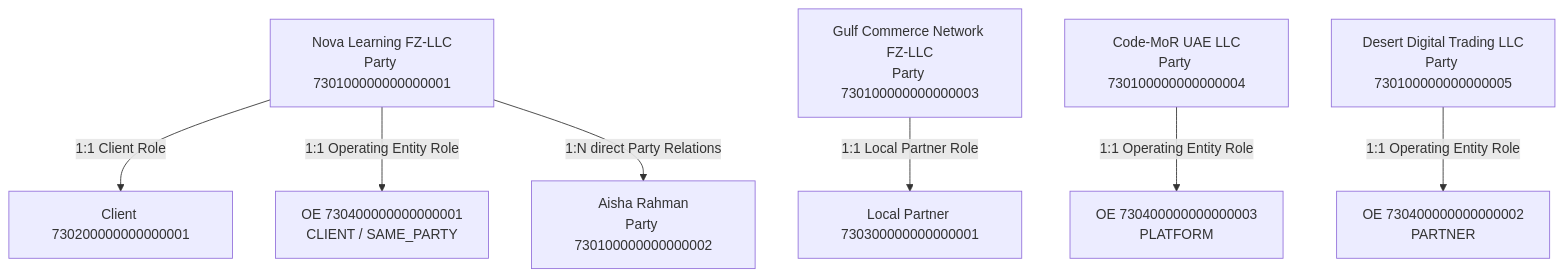
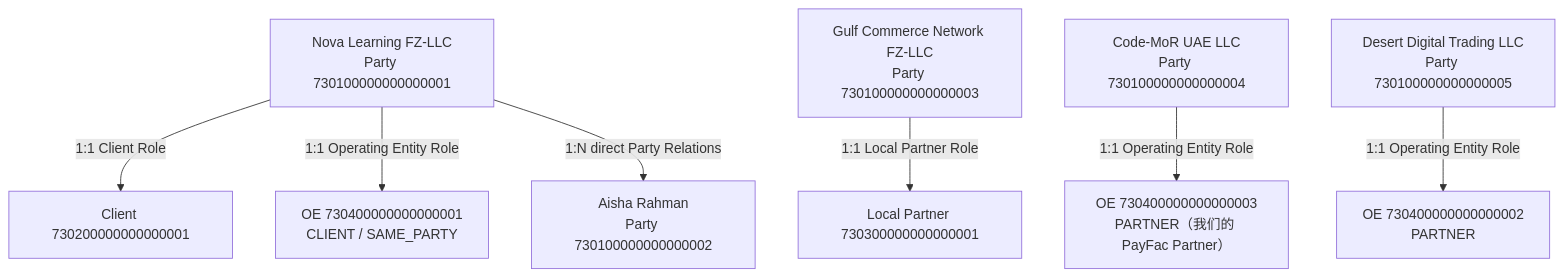
The diagram in agent-docs/database/scenarios/CLIENT_CONTRACT_REAL_WORLD_SCENARIOS.md (kenny0924/paytech), drawn with Mermaid before and after one commit. The commit also changed other lines of this file and 547 other files, not shown here.

First line of the commit message:
feat(commercial): 商业关系快照与真实解析接入——快照推导与资格检查、acquiring 真实解析与冻结、OE 来源删除 PLATFORM（AE001 迁 PayFac Partner），部署 mor-test

````diff
--- a/agent-docs/database/scenarios/CLIENT_CONTRACT_REAL_WORLD_SCENARIOS.md
+++ b/agent-docs/database/scenarios/CLIENT_CONTRACT_REAL_WORLD_SCENARIOS.md
@@ -43,15 +45,15 @@
 ```mermaid
 flowchart TD
     NOVA["Nova Learning FZ-LLC\nParty 730100000000000001"]
     AISHA["Aisha Rahman\nParty 730100000000000002"]
     GULF["Gulf Commerce Network FZ-LLC\nParty 730100000000000003"]
     PLATFORM["Code-MoR UAE LLC\nParty 730100000000000004"]
     DESERT["Desert Digital Trading LLC\nParty 730100000000000005"]
 
     NOVA -->|"1:1 Client Role"| CLIENT["Client 730200000000000001"]
     NOVA -->|"1:1 Operating Entity Role"| NOVA_OE["OE 730400000000000001\nCLIENT / SAME_PARTY"]
     GULF -->|"1:1 Local Partner Role"| PARTNER["Local Partner 730300000000000001"]
     DESERT -->|"1:1 Operating Entity Role"| DESERT_OE["OE 730400000000000002\nPARTNER"]
-    PLATFORM -->|"1:1 Operating Entity Role"| PLATFORM_OE["OE 730400000000000003\nPLATFORM"]
+    PLATFORM -->|"1:1 Operating Entity Role"| PLATFORM_OE["OE 730400000000000003\nPARTNER（我们的 PayFac Partner）"]
     NOVA -->|"1:N direct Party Relations"| AISHA
 ```
````
